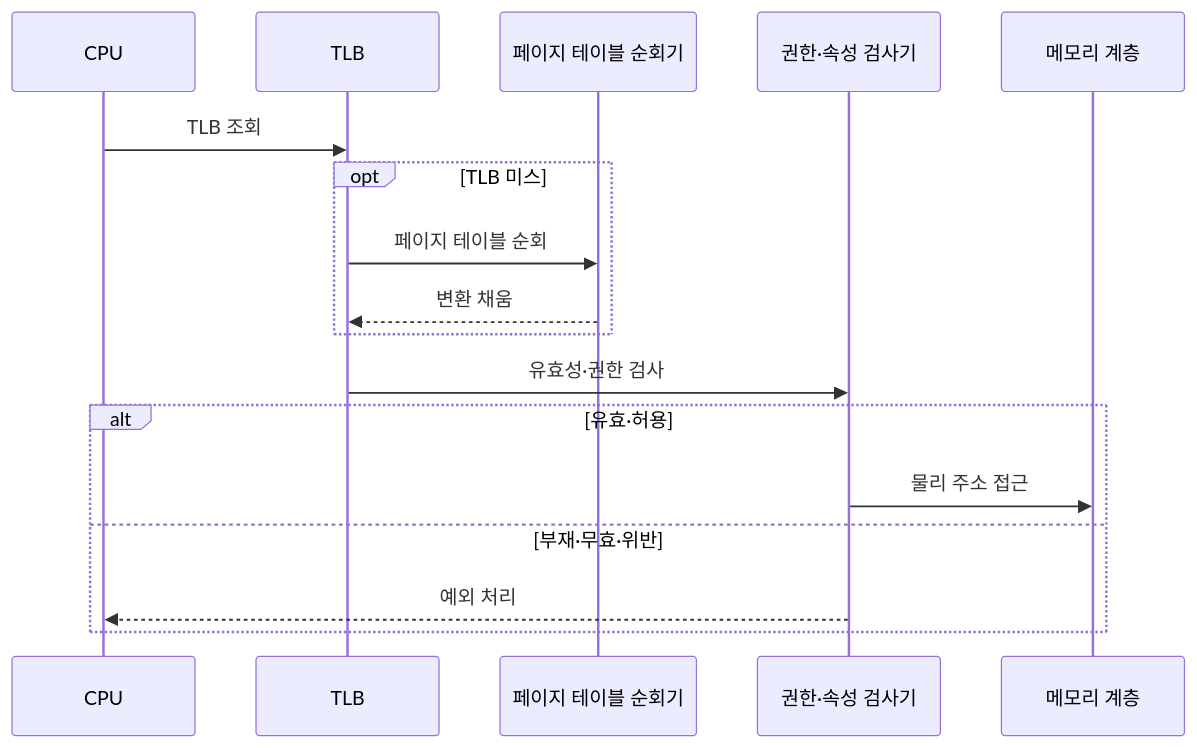
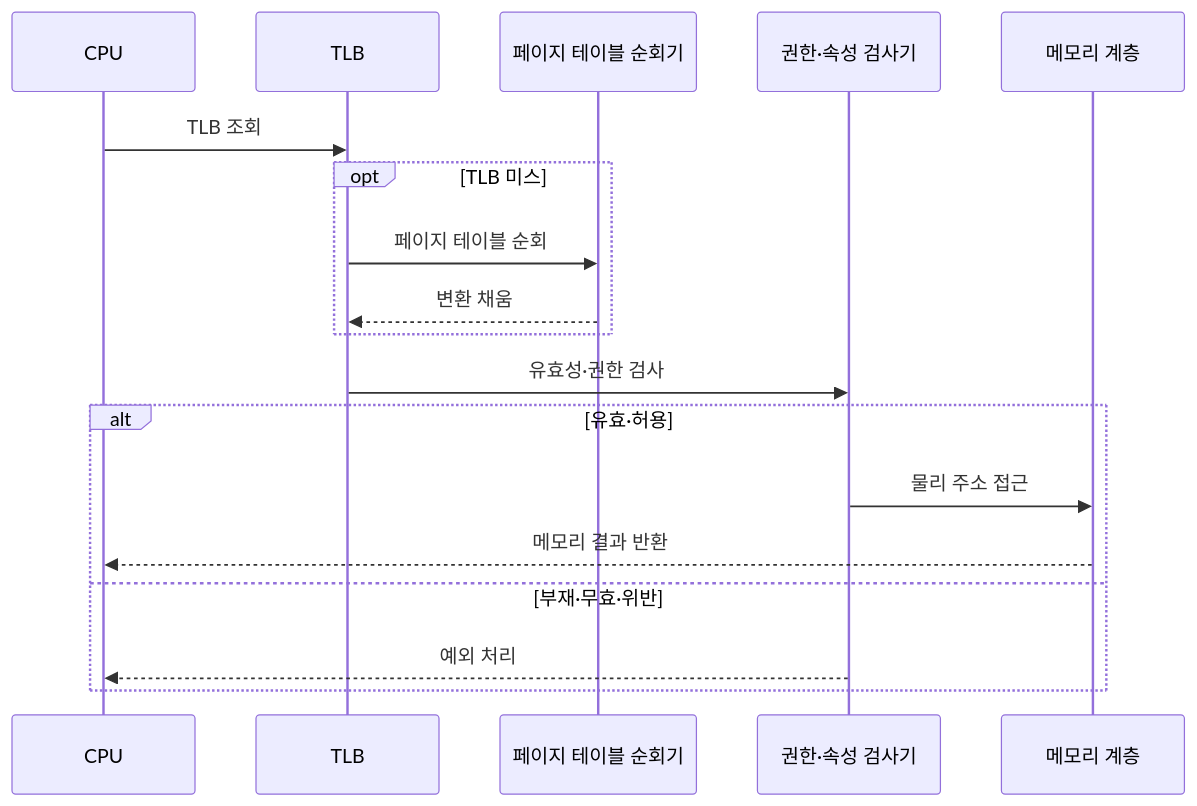
The second of 2 diagrams in src/content/docs/notes/02-hardware/020_mmu.md (agnusdei1207/knowledge-base), drawn with Mermaid before and after one commit. The commit also changed other lines of this file and 7 other files, not shown here.

````diff
--- a/src/content/docs/notes/02-hardware/020_mmu.md
+++ b/src/content/docs/notes/02-hardware/020_mmu.md
@@ -92,19 +92,20 @@
 ```mermaid
 sequenceDiagram
     participant C as CPU
     participant T as TLB
     participant W as 페이지 테이블 순회기
     participant P as 권한·속성 검사기
     participant H as 메모리 계층
     C->>T: TLB 조회
     opt TLB 미스
         T->>W: 페이지 테이블 순회
         W-->>T: 변환 채움
     end
     T->>P: 유효성·권한 검사
     alt 유효·허용
         P->>H: 물리 주소 접근
+        H-->>C: 메모리 결과 반환
     else 부재·무효·위반
         P-->>C: 예외 처리
     end
 ```
````
